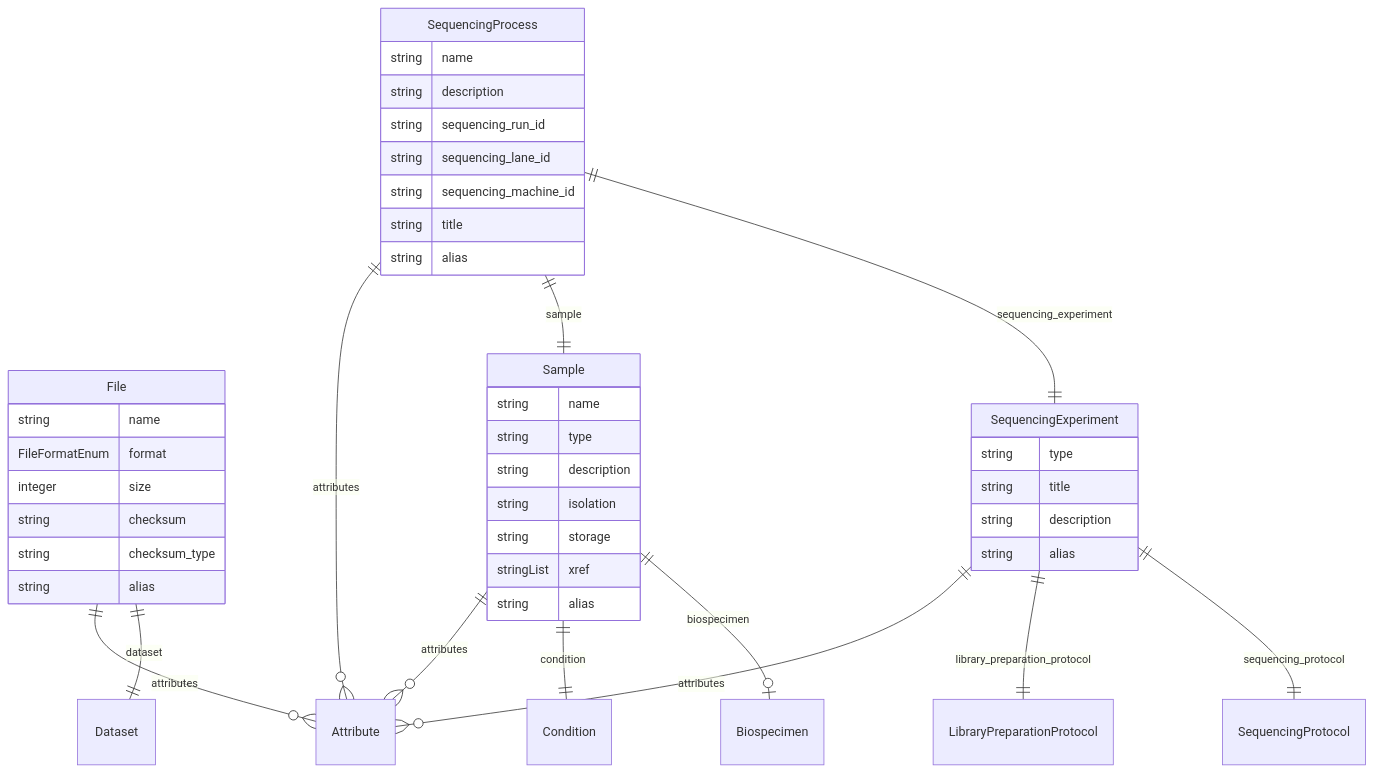
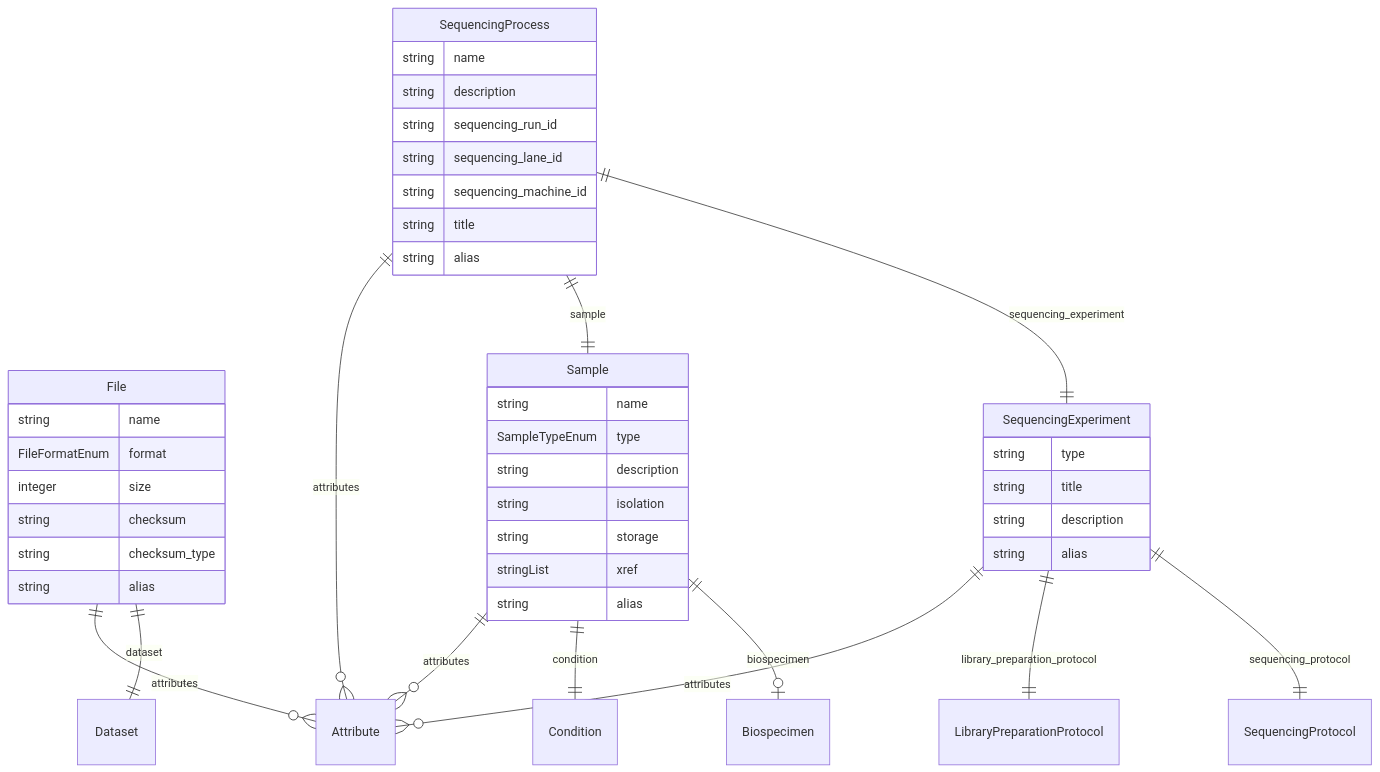
The sixth of 7 diagrams in docs/entity_relations.md (ghga-de/ghga-metadata-schema), drawn with Mermaid before and after one commit. The commit also changed other lines of this file and 5 other files, not shown here.

Commit message:
Add SampleTypeEnum

````diff
--- a/docs/entity_relations.md
+++ b/docs/entity_relations.md
@@ -317,48 +317,48 @@
 ```mermaid
 erDiagram
 SequencingProcess {
     string name  
     string description  
     string sequencing_run_id  
     string sequencing_lane_id  
     string sequencing_machine_id  
     string title  
     string alias  
 }
 File {
     string name  
     FileFormatEnum format  
     integer size  
     string checksum  
     string checksum_type  
     string alias  
 }
 Sample {
     string name  
-    string type  
+    SampleTypeEnum type  
     string description  
     string isolation  
     string storage  
     stringList xref  
     string alias  
 }
 SequencingExperiment {
     string type  
     string title  
     string description  
     string alias  
 }
 
 SequencingProcess ||--|| SequencingExperiment : "sequencing_experiment"
 SequencingProcess ||--|| Sample : "sample"
 SequencingProcess ||--}o Attribute : "attributes"
 File ||--|| Dataset : "dataset"
 File ||--}o Attribute : "attributes"
 Sample ||--|o Biospecimen : "biospecimen"
 Sample ||--|| Condition : "condition"
 Sample ||--}o Attribute : "attributes"
 SequencingExperiment ||--|| SequencingProtocol : "sequencing_protocol"
 SequencingExperiment ||--|| LibraryPreparationProtocol : "library_preparation_protocol"
 SequencingExperiment ||--}o Attribute : "attributes"
 
 ```
````
